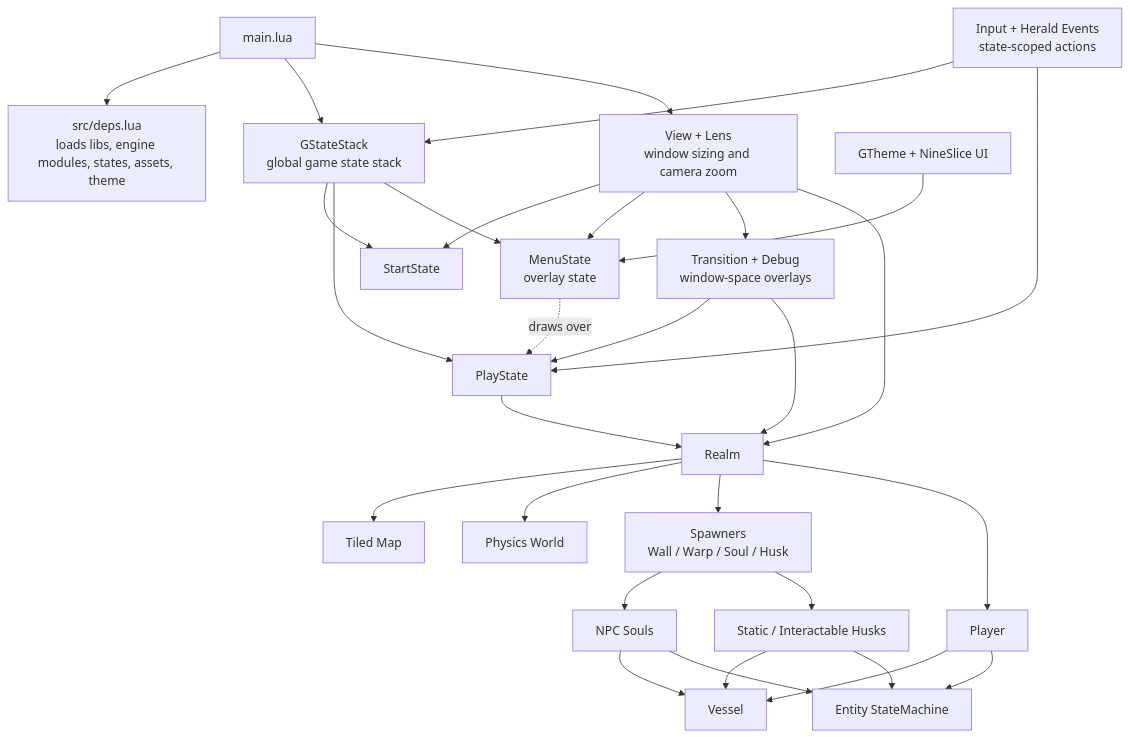
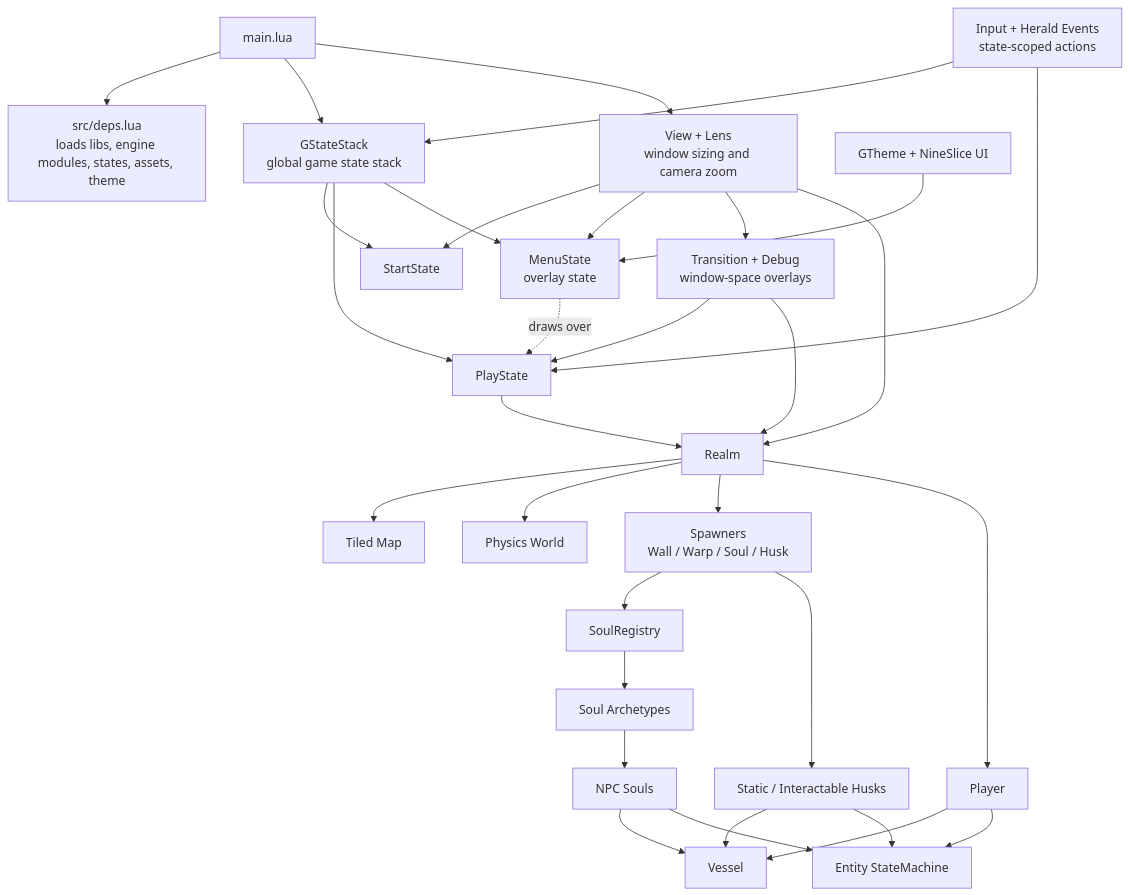
One commit to zchrysaylor/dalbit-ninja changed the diagram in README.md. Above: the diagram before and after it, drawn with Mermaid. The commit also changed 1 other file, not shown here.

Commit message:
update AGENTS and README

````diff
--- a/README.md
+++ b/README.md
@@ -13,38 +13,40 @@
 ```mermaid
 flowchart TD
 	A[main.lua] --> B[src/deps.lua<br/>loads libs, engine modules, states, assets, theme]
 	A --> C[GStateStack<br/>global game state stack]
 	A --> U[View + Lens<br/>window sizing and camera zoom]
 	C --> D[StartState]
 	C --> E[PlayState]
 	C --> F[MenuState<br/>overlay state]
 
 	G[Input + Herald Events<br/>state-scoped actions] --> C
 	G --> E
 	U --> D
 	U --> F
 	H[Transition + Debug<br/>window-space overlays] --> E
 	U --> H
 	U --> I
 	H --> I[Realm]
 
 	E --> I[Realm]
 	F -.draws over.-> E
 
 	I --> J[Tiled Map]
 	I --> K[Physics World]
 	I --> L[Spawners<br/>Wall / Warp / Soul / Husk]
 	I --> M[Player]
-	L --> N[NPC Souls]
+	L --> SR[SoulRegistry]
+	SR --> SA[Soul Archetypes]
+	SA --> N[NPC Souls]
 	L --> O[Static / Interactable Husks]
 
 	M --> P[Vessel]
 	N --> P
 	O --> P
 
 	M --> Q[Entity StateMachine]
 	N --> Q
 	O --> Q
 
 	R[GTheme + NineSlice UI] --> F
 ```
````
